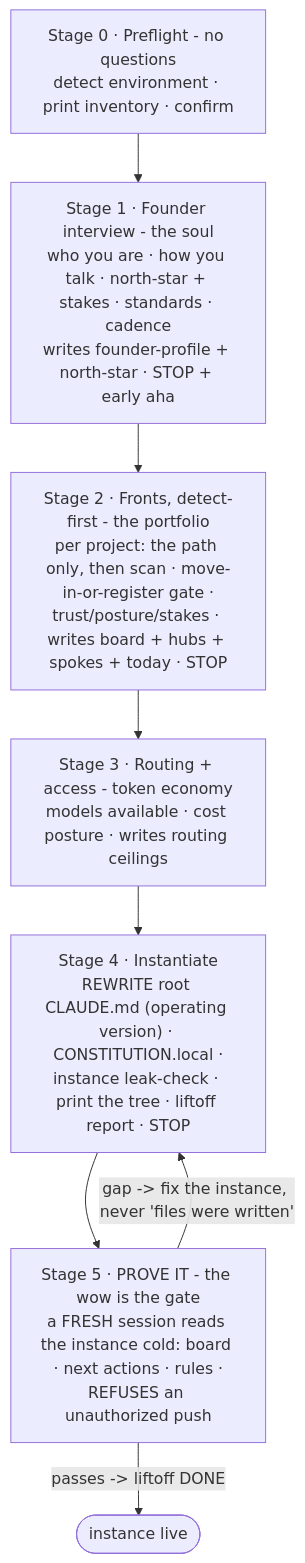
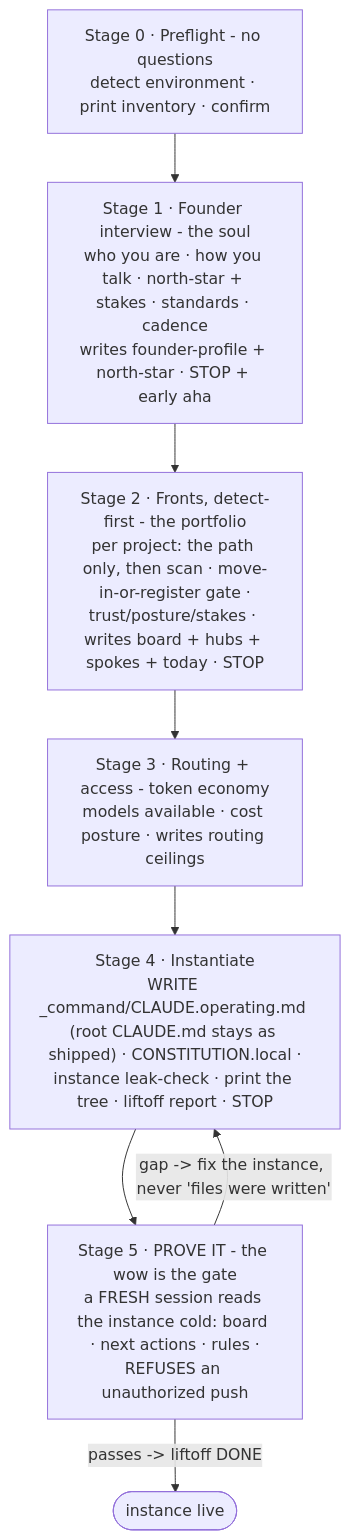
One commit to sultanassi95/mission-control changed the diagram in LIFTOFF.md. Above: the diagram before and after it, drawn with Mermaid. The commit also changed other lines of this file and 15 other files, not shown here.

````diff
--- a/LIFTOFF.md
+++ b/LIFTOFF.md
@@ -29,12 +29,12 @@
 ```mermaid
 flowchart TB
   S0["Stage 0 · Preflight - no questions<br/>detect environment · print inventory · confirm"]
   S1["Stage 1 · Founder interview - the soul<br/>who you are · how you talk · north-star + stakes · standards · cadence<br/>writes founder-profile + north-star · STOP + early aha"]
   S2["Stage 2 · Fronts, detect-first - the portfolio<br/>per project: the path only, then scan · move-in-or-register gate ·<br/>trust/posture/stakes · writes board + hubs + spokes + today · STOP"]
   S3["Stage 3 · Routing + access - token economy<br/>models available · cost posture · writes routing ceilings"]
-  S4["Stage 4 · Instantiate<br/>REWRITE root CLAUDE.md (operating version) · CONSTITUTION.local ·<br/>instance leak-check · print the tree · liftoff report · STOP"]
+  S4["Stage 4 · Instantiate<br/>WRITE _command/CLAUDE.operating.md (root CLAUDE.md stays as shipped) · CONSTITUTION.local ·<br/>instance leak-check · print the tree · liftoff report · STOP"]
   S5["Stage 5 · PROVE IT - the wow is the gate<br/>a FRESH session reads the instance cold: board · next actions · rules ·<br/>REFUSES an unauthorized push"]
   S0 --> S1 --> S2 --> S3 --> S4 --> S5
   S5 -->|"passes -> liftoff DONE"| DONE([instance live])
   S5 -->|"gap -> fix the instance, never 'files were written'"| S4
 ```
````
